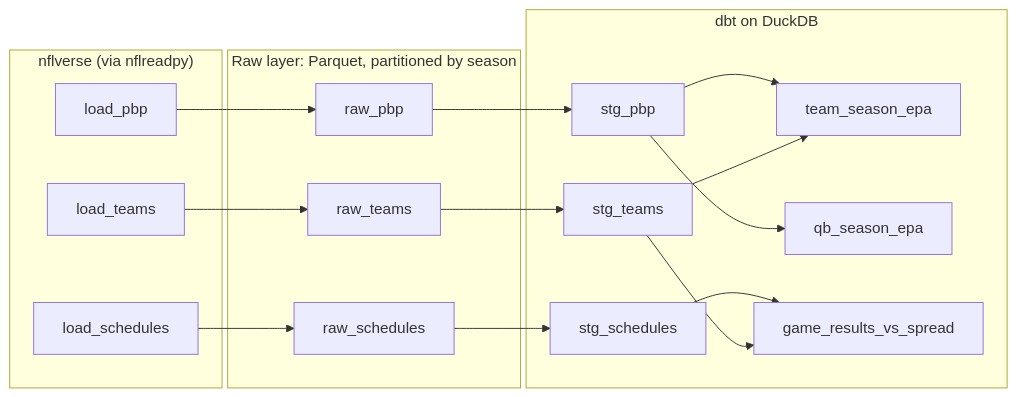
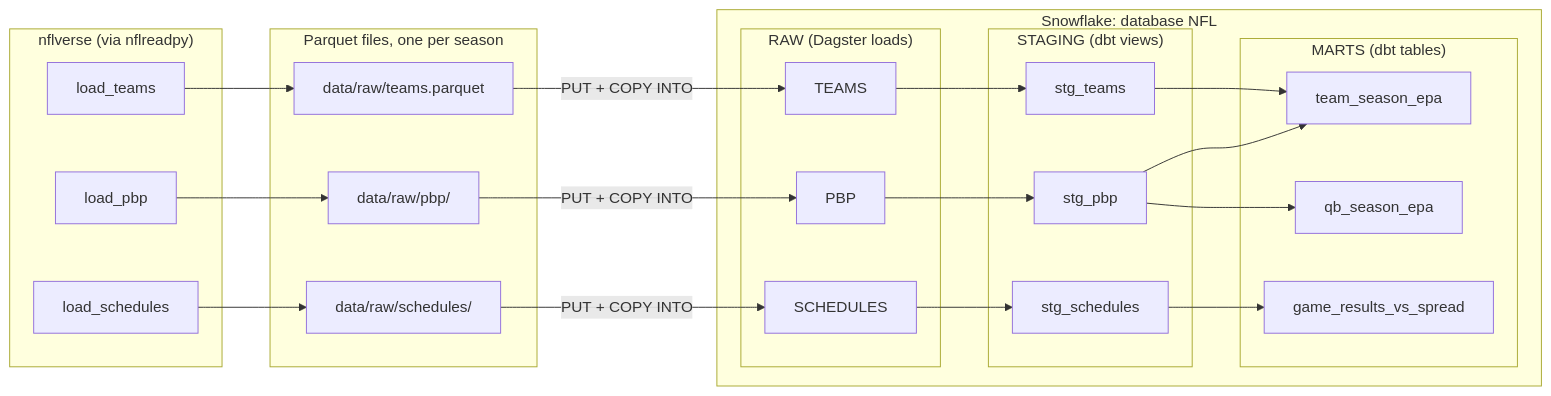
The diagram in README.md (JL037/nfl-dagster), drawn with Mermaid before and after one commit. The commit also changed other lines of this file and 2 other files, not shown here.

First line of the commit message:
Rewrite README for the Snowflake version

````diff
--- a/README.md
+++ b/README.md
@@ -44,35 +49,43 @@
 ```mermaid
 flowchart LR
     subgraph nflverse["nflverse (via nflreadpy)"]
         A1[load_pbp]
         A2[load_schedules]
         A3[load_teams]
     end
 
-    subgraph raw["Raw layer: Parquet, partitioned by season"]
-        B1[raw_pbp]
-        B2[raw_schedules]
-        B3[raw_teams]
+    subgraph lake["Parquet files, one per season"]
+        P1[data/raw/pbp/]
+        P2[data/raw/schedules/]
+        P3[data/raw/teams.parquet]
     end
 
-    subgraph dbt["dbt on DuckDB"]
-        C1[stg_pbp]
-        C2[stg_schedules]
-        C3[stg_teams]
-        D1[team_season_epa]
-        D2[qb_season_epa]
-        D3[game_results_vs_spread]
+    subgraph sf["Snowflake: database NFL"]
+        subgraph raw["RAW (Dagster loads)"]
+            B1[PBP]
+            B2[SCHEDULES]
+            B3[TEAMS]
+        end
+        subgraph staging["STAGING (dbt views)"]
+            C1[stg_pbp]
+            C2[stg_schedules]
+            C3[stg_teams]
+        end
+        subgraph marts["MARTS (dbt tables)"]
+            D1[team_season_epa]
+            D2[qb_season_epa]
+            D3[game_results_vs_spread]
+        end
     end
 
-    A1 --> B1
-    A2 --> B2
-    A3 --> B3
+    A1 --> P1 -->|PUT + COPY INTO| B1
+    A2 --> P2 -->|PUT + COPY INTO| B2
+    A3 --> P3 -->|PUT + COPY INTO| B3
     B1 --> C1
     B2 --> C2
     B3 --> C3
     C1 --> D1
     C3 --> D1
     C1 --> D2
     C2 --> D3
-    C3 --> D3
 ```
````
